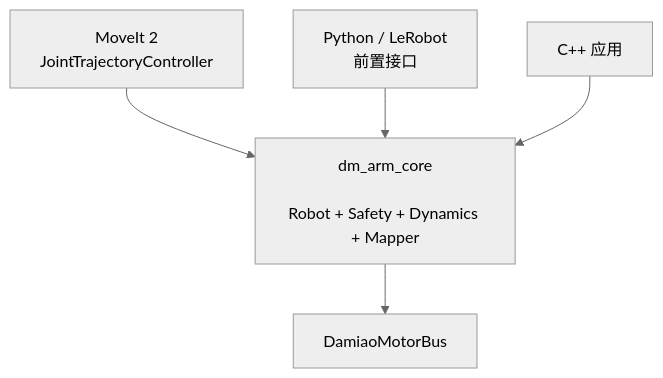
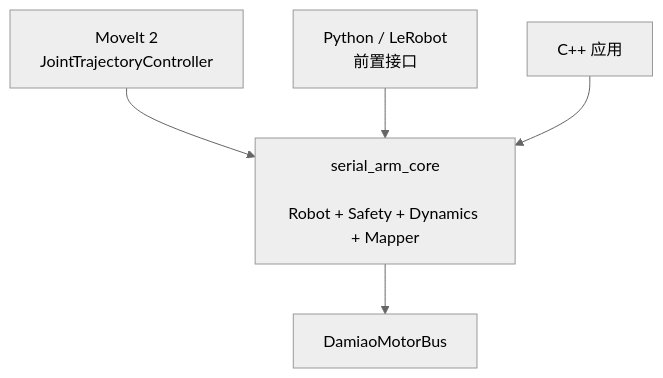
Before and after one commit to Kaede-Rei/DM-Arm-Hardware-Interface: the first of 2 diagrams in README.md, drawn with Mermaid (neutral theme). The commit also changed other lines of this file and 187 other files, not shown here.

Commit message:
refactor(serial_arm): 重构为通用控制核心，但暂时耦合达妙协议

````diff
--- a/README.md
+++ b/README.md
@@ -24,15 +24,15 @@
 ```mermaid
 flowchart TB
     MOVEIT["MoveIt 2<br/>JointTrajectoryController"]
     PYTHON["Python / LeRobot<br/>前置接口"]
     CPP["C++ 应用"]
 
-    CORE["dm_arm_core<br/><br/>Robot + Safety + Dynamics + Mapper"]
+    CORE["serial_arm_core<br/><br/>Robot + Safety + Dynamics + Mapper"]
     BUS["DamiaoMotorBus"]
 
     MOVEIT --> CORE
     PYTHON --> CORE
     CPP --> CORE
 
     CORE --> BUS
 ```
````
